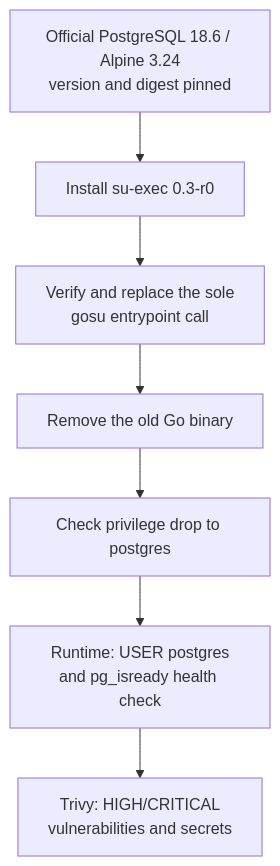
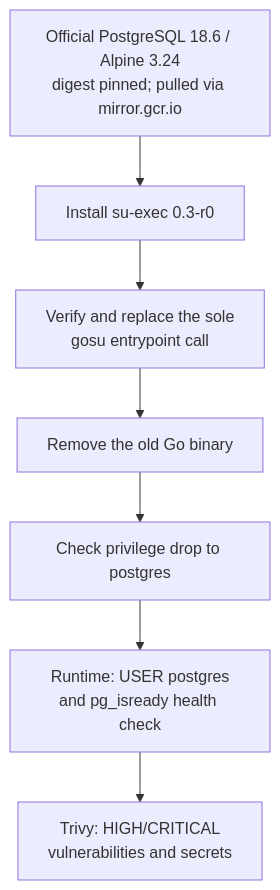
The first of 3 diagrams in backend/docker/postgres/README.md (ChangeGuardHQ/changuard-platform), drawn with Mermaid before and after one commit. The commit also changed other lines of this file and 12 other files, not shown here.

````diff
--- a/backend/docker/postgres/README.md
+++ b/backend/docker/postgres/README.md
@@ -19,9 +24,9 @@
 ```mermaid
 flowchart TD
-    Base["Official PostgreSQL 18.6 / Alpine 3.24<br/>version and digest pinned"] --> Package["Install su-exec 0.3-r0"]
+    Base["Official PostgreSQL 18.6 / Alpine 3.24<br/>digest pinned; pulled via mirror.gcr.io"] --> Package["Install su-exec 0.3-r0"]
     Package --> Patch["Verify and replace the sole<br/>gosu entrypoint call"]
     Patch --> Remove["Remove the old Go binary"]
     Remove --> Verify["Check privilege drop to postgres"]
     Verify --> Runtime["Runtime: USER postgres<br/>and pg_isready health check"]
     Runtime --> Scan["Trivy: HIGH/CRITICAL<br/>vulnerabilities and secrets"]
 ```
````
